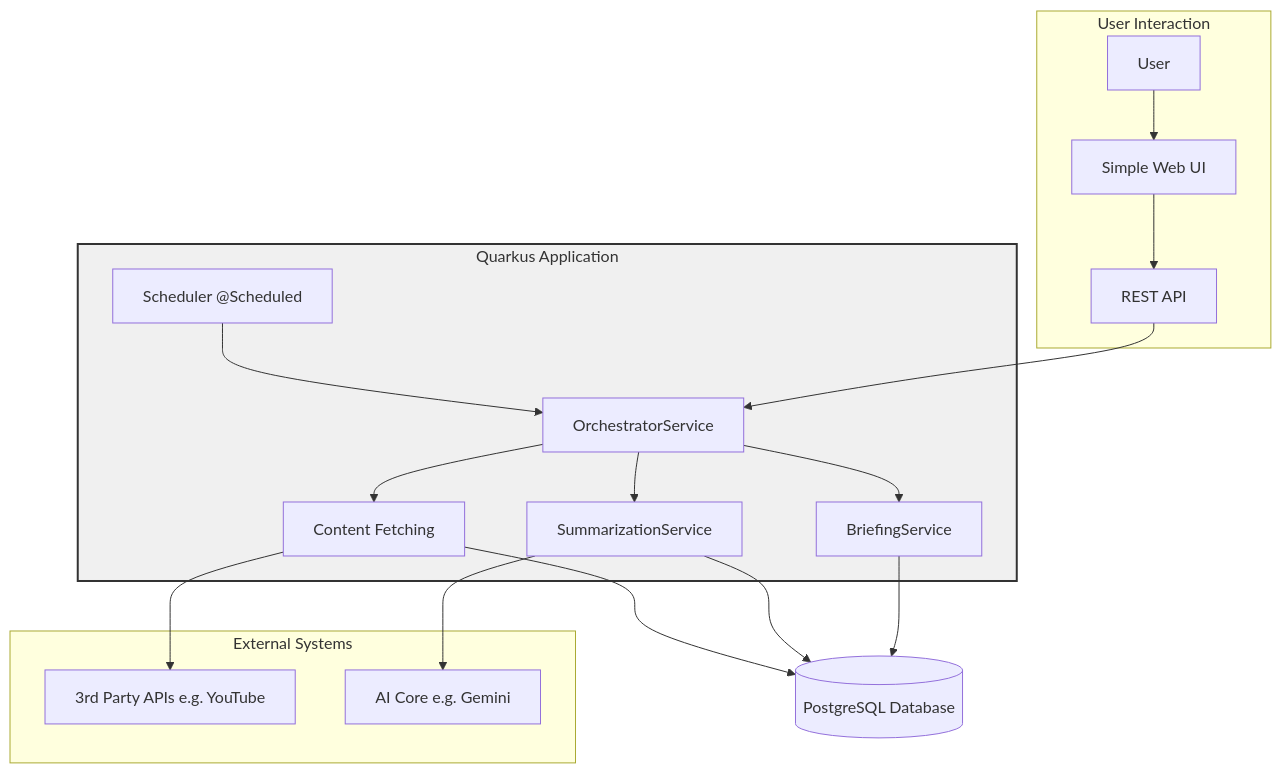
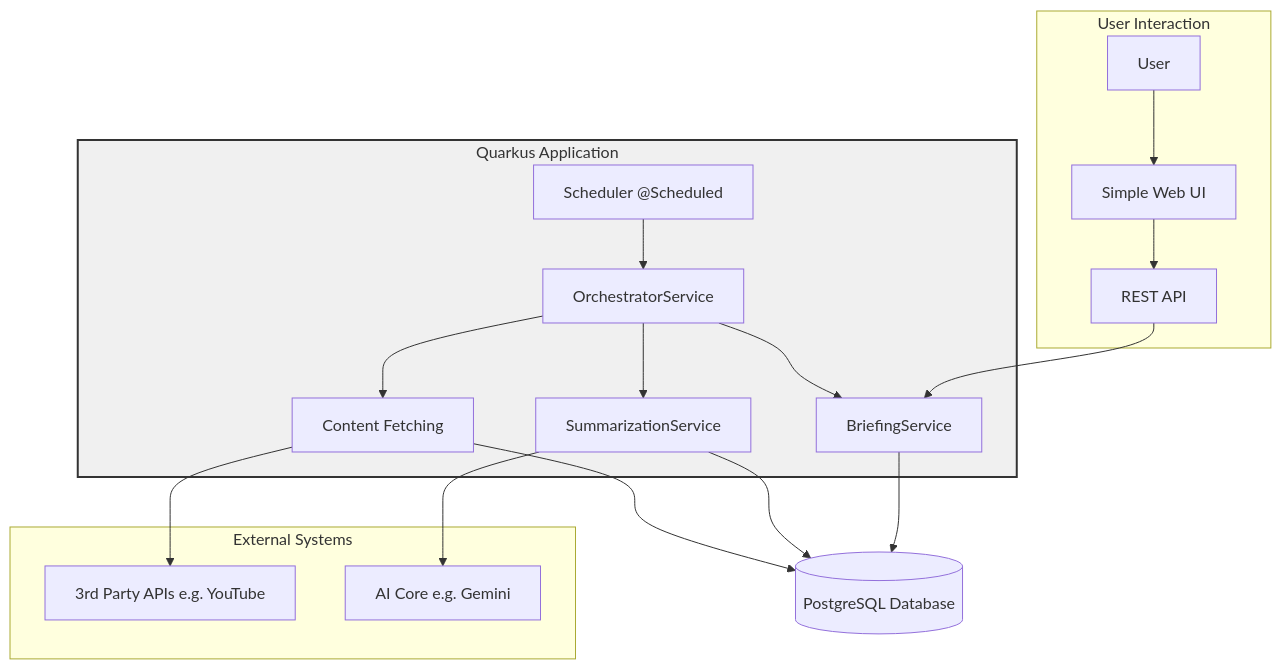
One commit to sjuresa/povzetkar changed the diagram in README.md. Above: the diagram before and after it, drawn with Mermaid. The commit also changed 2 other files, not shown here.

Commit message:
docs: update and fix documentation

````diff
--- a/README.md
+++ b/README.md
@@ -13,28 +13,28 @@
 ```mermaid
 graph TD
     subgraph "User Interaction"
         User --> UI[Simple Web UI]
         UI --> API[REST API]
     end
 
     subgraph quarkus_app ["Quarkus Application"]
         Scheduler[Scheduler @Scheduled] --> Orchestrator[OrchestratorService]
         Orchestrator --> ContentFetcher[Content Fetching]
         Orchestrator --> Summarizer[SummarizationService]
         Orchestrator --> BriefingGen[BriefingService]
-API --> Orchestrator
+API --> BriefingGen
     end
 
     subgraph "External Systems"
         ExtAPI[3rd Party APIs e.g. YouTube]
         GenAI[AI Core e.g. Gemini]
     end
 
     DB[(PostgreSQL Database)]
 
     ContentFetcher --> ExtAPI & DB
     Summarizer --> GenAI & DB
     BriefingGen --> DB
 
     style quarkus_app fill:#f0f0f0,stroke:#333,stroke-width:2px
 ```
````
